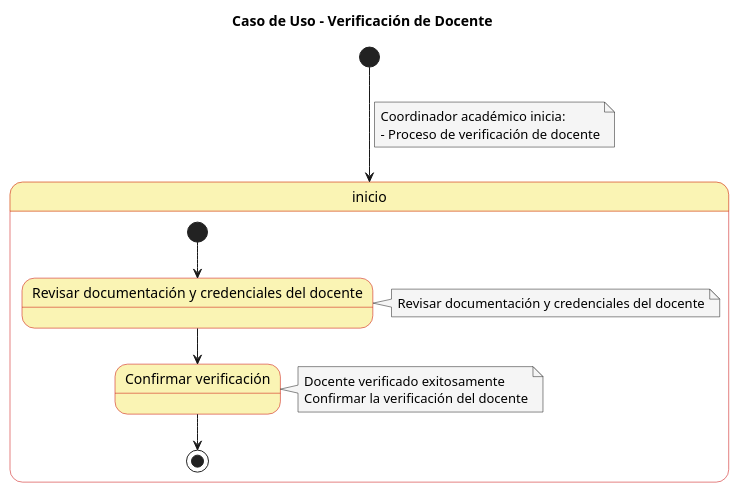
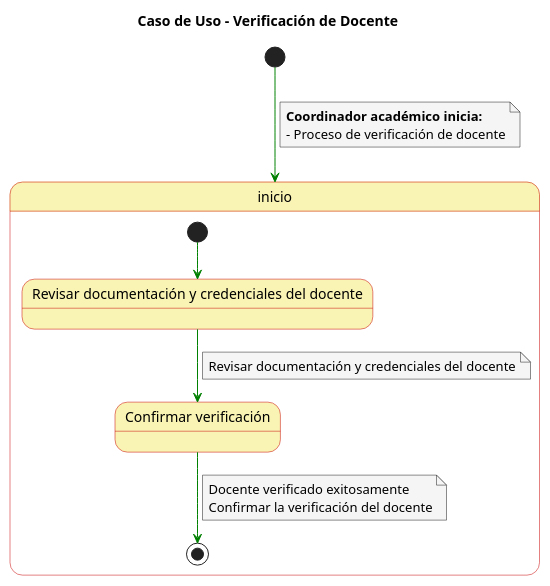
The diagram in Casos de Uso/Detalle de Verificar Docente.puml (FernandoWilliam26/23-24-IdSw1-SDR), drawn with PlantUML before and after one commit. The commit also changed 3 other files, not shown here.

```diff
--- a/Casos de Uso/Detalle de Verificar Docente.puml
+++ b/Casos de Uso/Detalle de Verificar Docente.puml
@@ -1,39 +1,38 @@
 @startuml
 
 skinparam state {
   BackgroundColor #faf4b4
   BorderColor #c90000
-  TextColor #757575
 }
 
 skinparam note {
   BackgroundColor #f5f5f5
-  TextColor #757575
 }
+
+skinparam linetype polyline
 
 title Caso de Uso - Verificación de Docente
 
-[*] --> inicio
+[*] -[#green]-> inicio
 note on link
-  Coordinador académico inicia:
+  **Coordinador académico inicia:**
   - Proceso de verificación de docente
 end note
 
 state inicio {
-  [*] --> revisar_documentacion
-  state "Revisar documentación y credenciales del docente" as revisar_documentacion
-
-  revisar_documentacion --> confirmar_verificacion
-  note right of revisar_documentacion
+  state "Revisar documentación y credenciales del docente" as state1
+  state "Confirmar verificación" as state2
+  
+  [*] -[#green]-> state1
+  state1 -[#green]-> state2
+  note on link
     Revisar documentación y credenciales del docente
   end note
-
-  state "Confirmar verificación" as confirmar_verificacion
-  confirmar_verificacion --> [*]
-  note right of confirmar_verificacion
+  state2 -[#green]-> [*]
+  note on link
     Docente verificado exitosamente
     Confirmar la verificación del docente
   end note
 }
 
 @enduml
```
